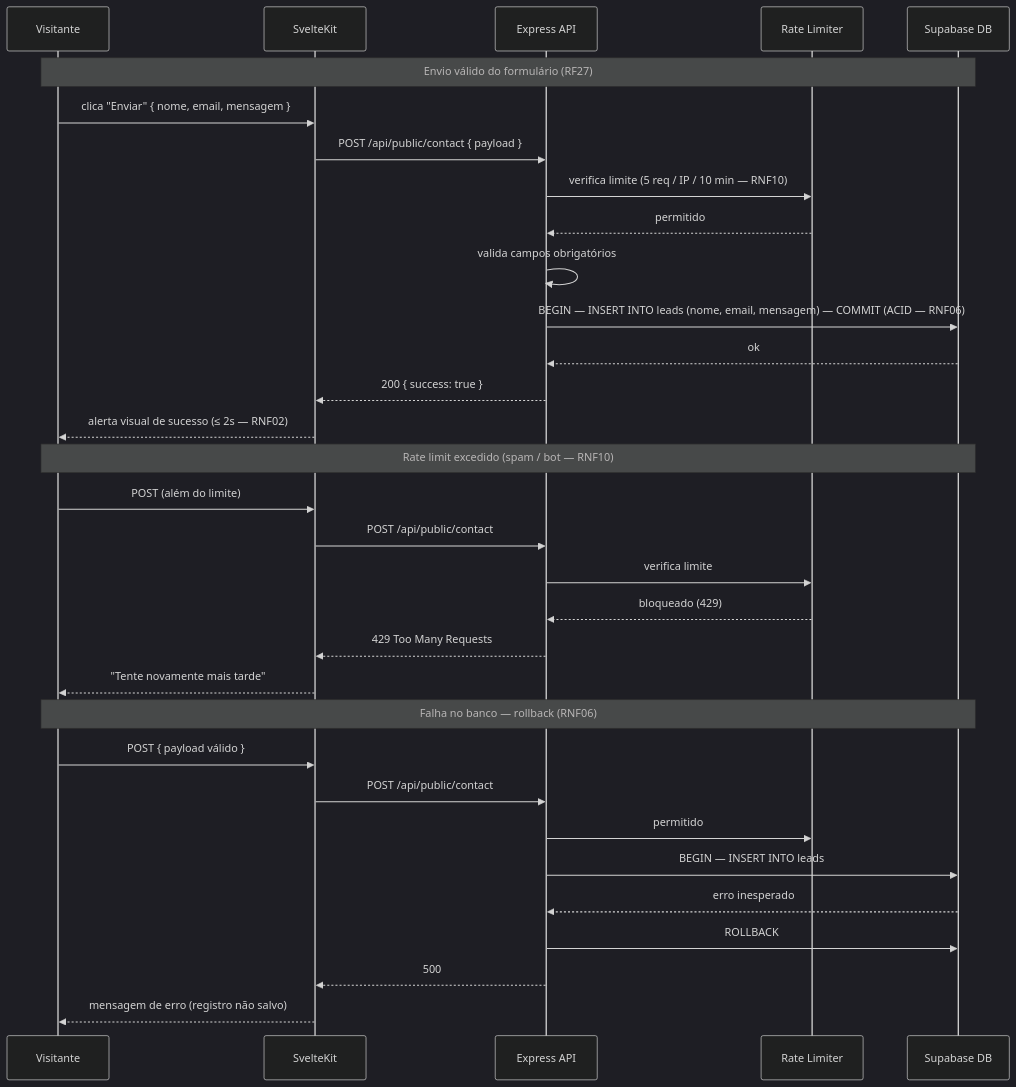
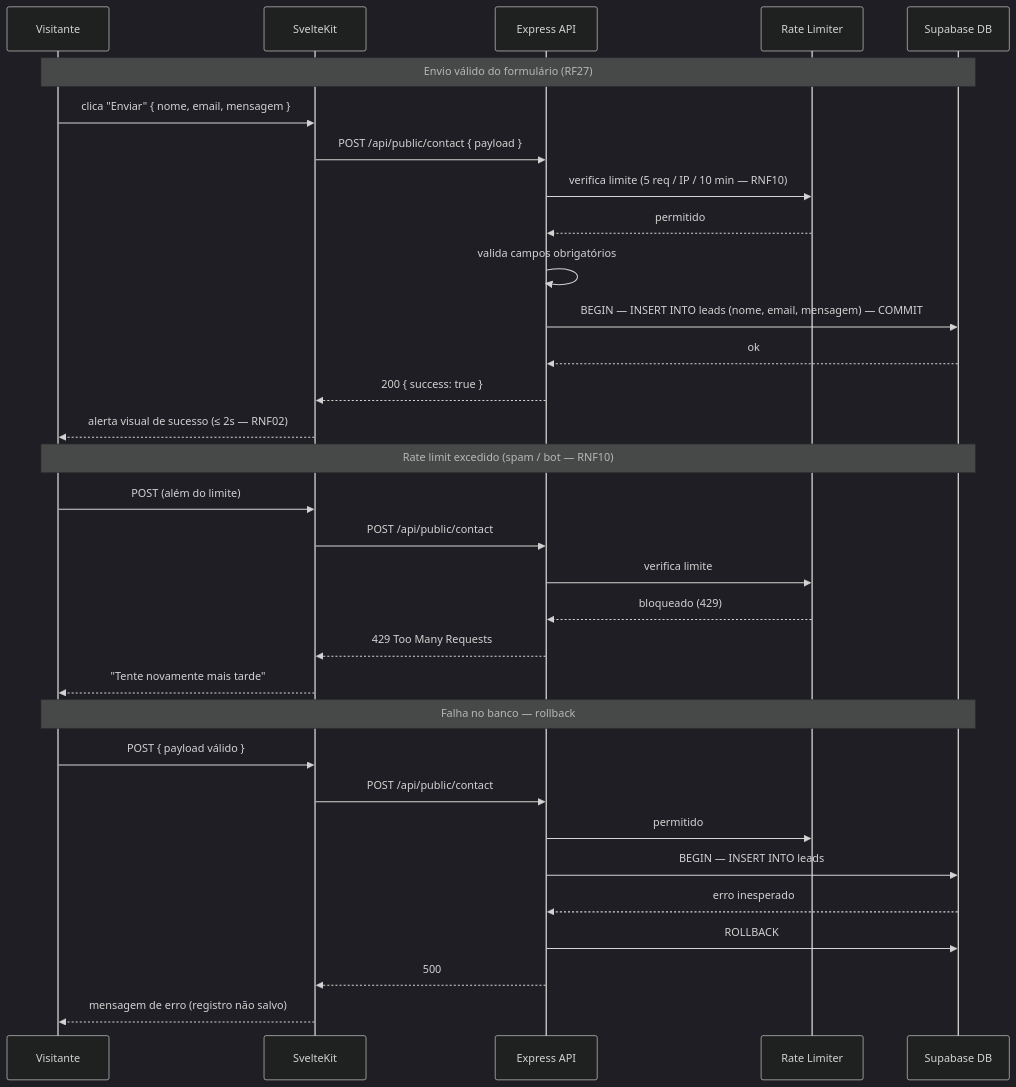
Before and after one commit to Bappoz/CrianexHub: the sixth of 10 diagrams in gh-pages/docs/iteracoes/iteracao-1/features-entregues.md, drawn with Mermaid (dark theme). The commit also changed other lines of this file and 5 other files, not shown here.

````diff
--- a/gh-pages/docs/iteracoes/iteracao-1/features-entregues.md
+++ b/gh-pages/docs/iteracoes/iteracao-1/features-entregues.md
@@ -434,37 +420,37 @@
 ```mermaid
 sequenceDiagram
     participant V as Visitante
     participant SK as SvelteKit
     participant EX as Express API
     participant RL as Rate Limiter
     participant DB as Supabase DB
 
     Note over V,DB: Envio válido do formulário (RF27)
     V->>SK: clica "Enviar" { nome, email, mensagem }
     SK->>EX: POST /api/public/contact { payload }
     EX->>RL: verifica limite (5 req / IP / 10 min — RNF10)
     RL-->>EX: permitido
     EX->>EX: valida campos obrigatórios
-    EX->>DB: BEGIN — INSERT INTO leads (nome, email, mensagem) — COMMIT (ACID — RNF06)
+    EX->>DB: BEGIN — INSERT INTO leads (nome, email, mensagem) — COMMIT
     DB-->>EX: ok
     EX-->>SK: 200 { success: true }
     SK-->>V: alerta visual de sucesso (≤ 2s — RNF02)
 
     Note over V,DB: Rate limit excedido (spam / bot — RNF10)
     V->>SK: POST (além do limite)
     SK->>EX: POST /api/public/contact
     EX->>RL: verifica limite
     RL-->>EX: bloqueado (429)
     EX-->>SK: 429 Too Many Requests
     SK-->>V: "Tente novamente mais tarde"
 
-    Note over V,DB: Falha no banco — rollback (RNF06)
+    Note over V,DB: Falha no banco — rollback
     V->>SK: POST { payload válido }
     SK->>EX: POST /api/public/contact
     EX->>RL: permitido
     EX->>DB: BEGIN — INSERT INTO leads
     DB-->>EX: erro inesperado
     EX->>DB: ROLLBACK
     EX-->>SK: 500
     SK-->>V: mensagem de erro (registro não salvo)
 ```
````
